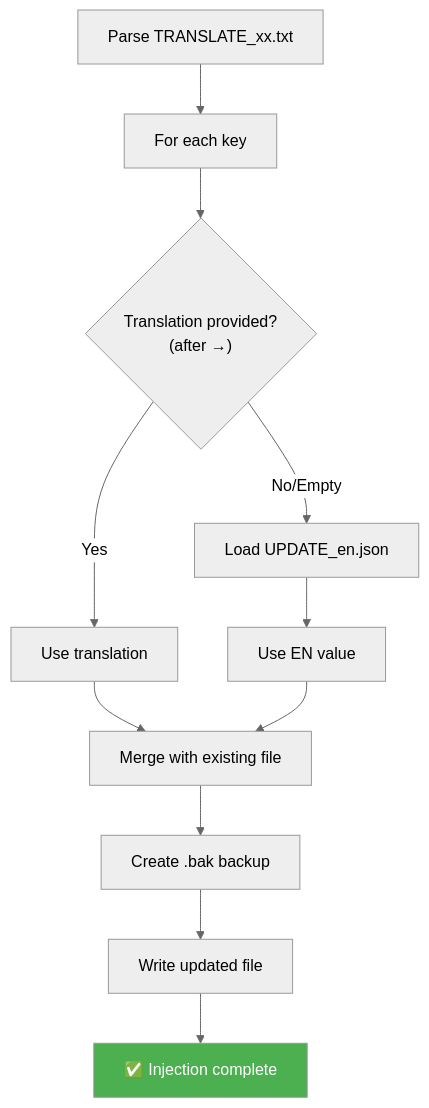
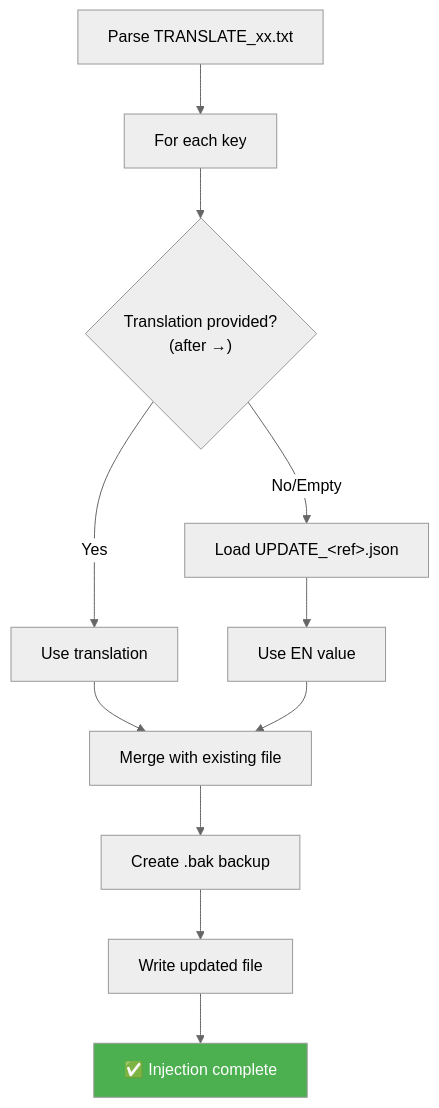
The second of 2 diagrams in tools/translator/__doc__/en/commands/INJECT.md (Gotcha26/Adobe_Lightroom_Translation_Plugins_Kit), drawn with Mermaid (neutral theme) before and after one commit. The commit also changed other lines of this file and 28 other files, not shown here.

````diff
--- a/tools/translator/__doc__/en/commands/INJECT.md
+++ b/tools/translator/__doc__/en/commands/INJECT.md
@@ -54,19 +54,19 @@
 ```mermaid
 flowchart TD
     A["Parse TRANSLATE_xx.txt"] --> B["For each key"]
 
     B --> C{"Translation provided?<br/>(after →)"}
 
     C -->|Yes| D["Use translation"]
-    C -->|No/Empty| E["Load UPDATE_en.json"]
+    C -->|No/Empty| E["Load UPDATE_&lt;ref&gt;.json"]
     E --> F["Use EN value"]
 
     D --> G["Merge with existing file"]
     F --> G
 
     G --> H["Create .bak backup"]
     H --> I["Write updated file"]
     I --> J["✅ Injection complete"]
 
     style J fill:#4CAF50,color:#fff
 ```
````
